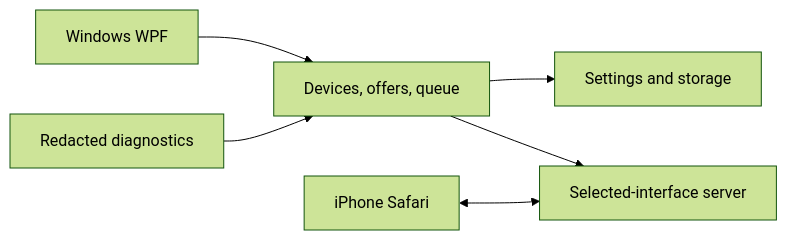
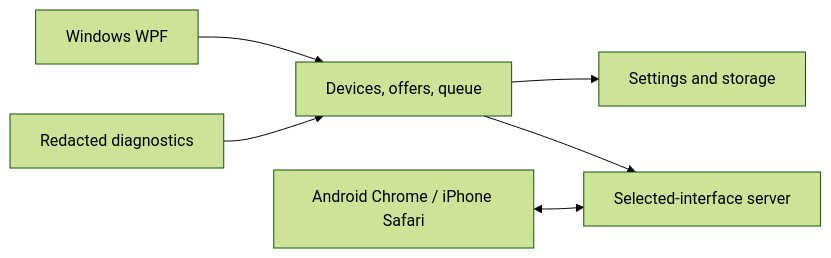
Before and after one commit to Sodicek/LAN-Drop: the diagram in PRODUCT-DESIGN.md, drawn with Mermaid (forest theme). The commit also changed other lines of this file and 18 other files, not shown here.

````diff
--- a/PRODUCT-DESIGN.md
+++ b/PRODUCT-DESIGN.md
@@ -51,8 +51,8 @@
 ```mermaid
 flowchart LR
  Desktop[Windows WPF] --> Core[Devices, offers, queue]
  Core --> Storage[Settings and storage]
  Core --> Transport[Selected-interface server]
- Phone[iPhone Safari] <--> Transport
+ Phone[Android Chrome / iPhone Safari] <--> Transport
  Diagnostics[Redacted diagnostics] --> Core
 ```
````
